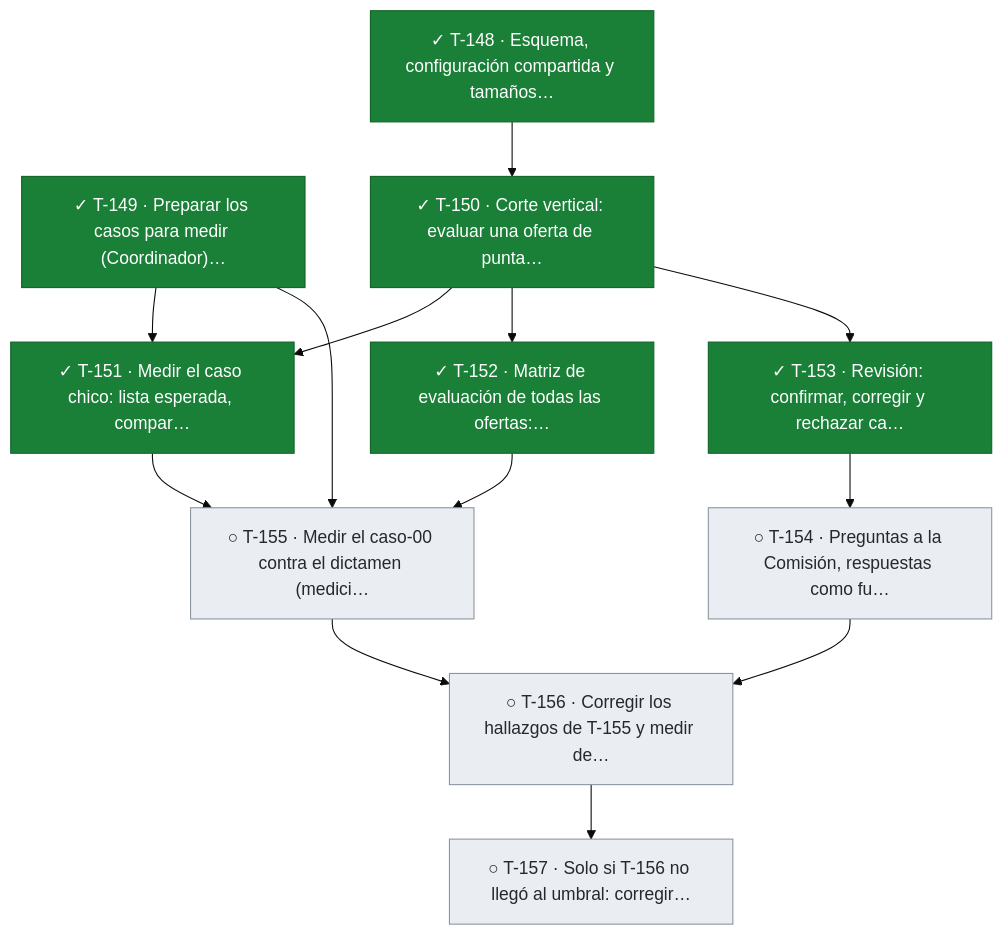
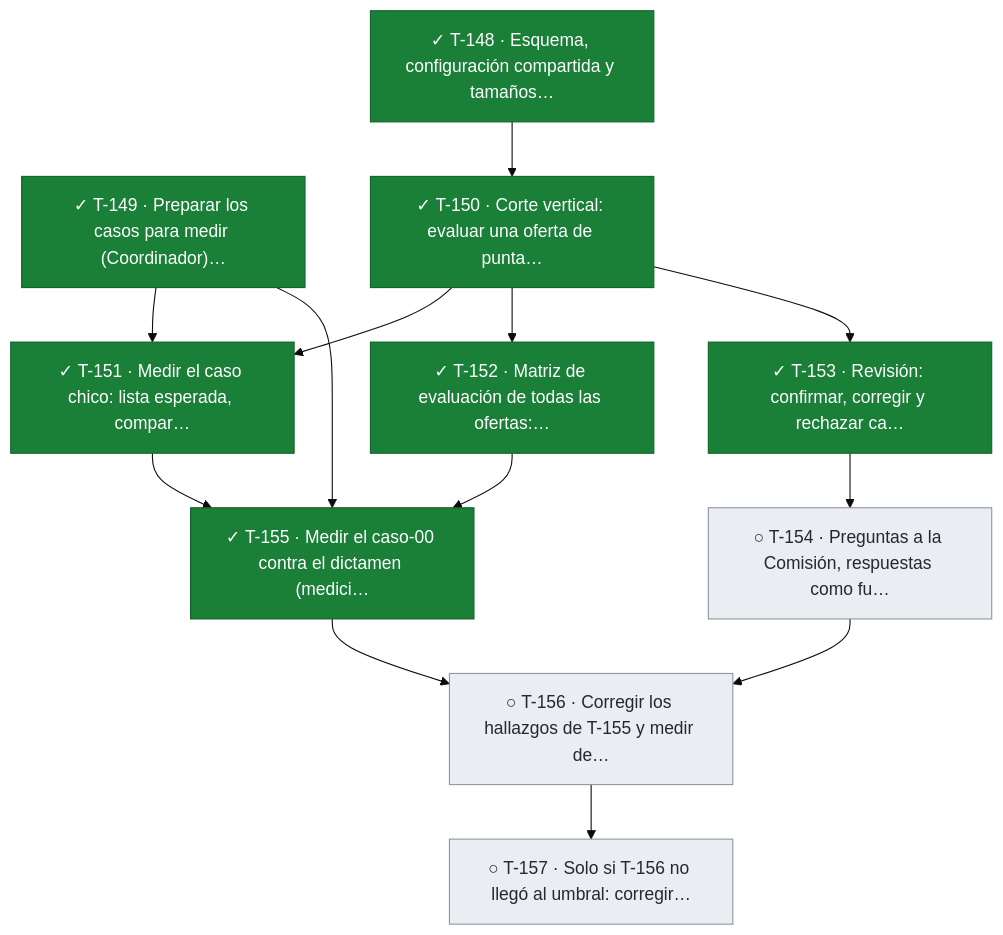
The seventh of 11 diagrams in docs/tablero.md (snavello/EVALUON), drawn with Mermaid (base theme) before and after one commit. The commit also changed other lines of this file and 1 other file, not shown here.

Commit message:
gestión: informe de T-155 (medición base del caso-00)

````diff
--- a/docs/tablero.md
+++ b/docs/tablero.md
@@ -685,30 +685,30 @@
 ```mermaid
 flowchart TD
   T148["✓ T-148 · Esquema, configuración compartida y tamaños…"]:::done
   T149["✓ T-149 · Preparar los casos para medir (Coordinador)…"]:::done
   T150["✓ T-150 · Corte vertical: evaluar una oferta de punta…"]:::done
   T151["✓ T-151 · Medir el caso chico: lista esperada, compar…"]:::done
   T152["✓ T-152 · Matriz de evaluación de todas las ofertas:…"]:::done
   T153["✓ T-153 · Revisión: confirmar, corregir y rechazar ca…"]:::done
   T154["○ T-154 · Preguntas a la Comisión, respuestas como fu…"]:::todo
-  T155["○ T-155 · Medir el caso-00 contra el dictamen (medici…"]:::todo
+  T155["✓ T-155 · Medir el caso-00 contra el dictamen (medici…"]:::done
   T156["○ T-156 · Corregir los hallazgos de T-155 y medir de…"]:::todo
   T157["○ T-157 · Solo si T-156 no llegó al umbral: corregir…"]:::todo
   T148 --> T150
   T149 --> T151
   T150 --> T151
   T150 --> T152
   T150 --> T153
   T153 --> T154
   T149 --> T155
   T151 --> T155
   T152 --> T155
   T154 --> T156
   T155 --> T156
   T156 --> T157
   classDef done fill:#1a7f37,stroke:#116329,color:#ffffff
   classDef review fill:#0969da,stroke:#0550ae,color:#ffffff
   classDef active fill:#bf8700,stroke:#7d4e00,color:#ffffff
   classDef blocked fill:#cf222e,stroke:#a40e26,color:#ffffff
   classDef todo fill:#eaeef2,stroke:#8c959f,color:#24292f
 ```
````
